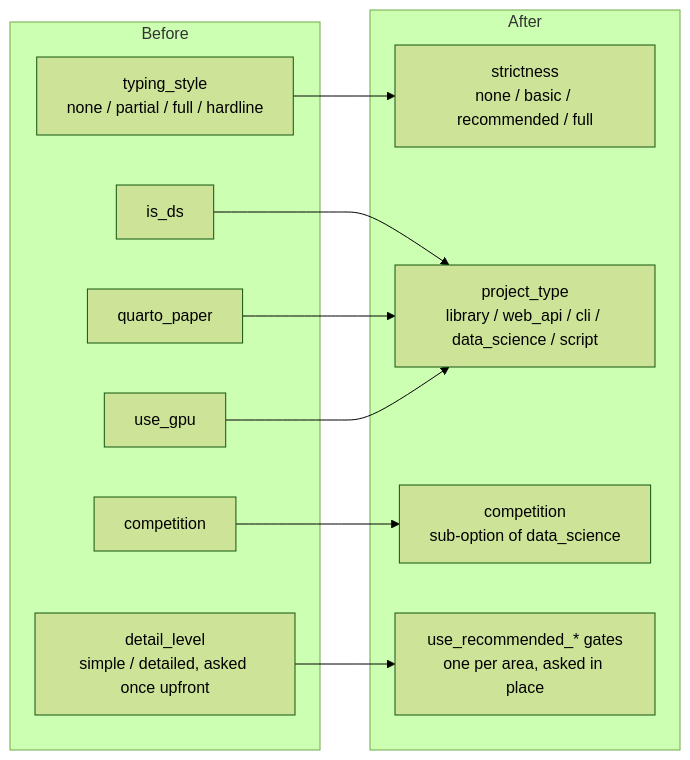
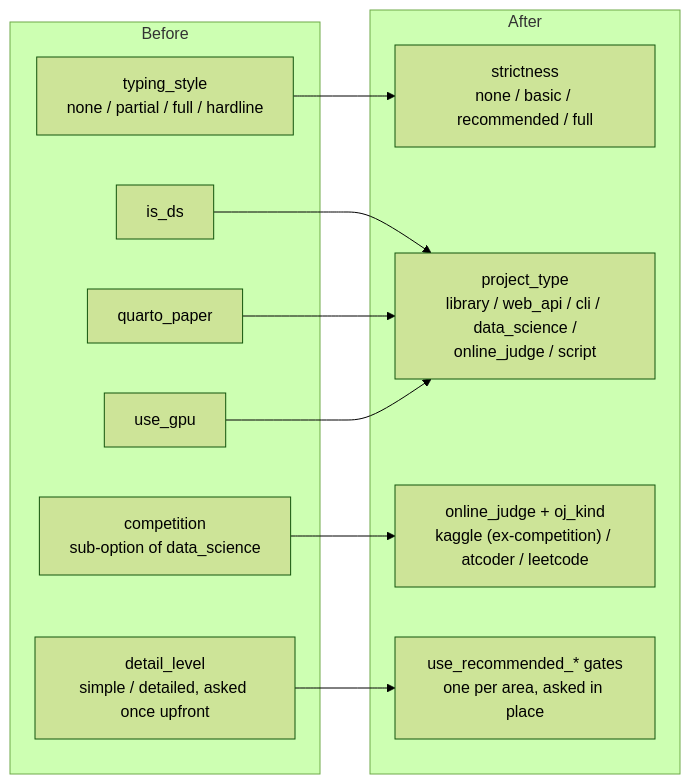
One commit to ConstitutiveTemplates/daimonion changed the second of 2 diagrams in README.md. Above: the diagram before and after it, drawn with Mermaid (forest theme). The commit also changed other lines of this file and 181 other files, not shown here.

First line of the commit message:
feat: add online_judge project type, move kaggle out of data_science

````diff
--- a/README.md
+++ b/README.md
@@ -278,25 +301,25 @@
 ```mermaid
 flowchart LR
     subgraph before["Before"]
         A1[typing_style<br/>none / partial / full / hardline]
         A2[is_ds]
         A3[quarto_paper]
         A4[use_gpu]
-        A5[competition]
+        A5[competition<br/>sub-option of data_science]
         A6[detail_level<br/>simple / detailed, asked once upfront]
     end
 
     subgraph after["After"]
         B1[strictness<br/>none / basic / recommended / full]
-        B2[project_type<br/>library / web_api / cli / data_science / script]
-        B3[competition<br/>sub-option of data_science]
+        B2[project_type<br/>library / web_api / cli / data_science /<br/>online_judge / script]
+        B3["online_judge + oj_kind<br/>kaggle (ex-competition) / atcoder / leetcode"]
         B4["use_recommended_* gates<br/>one per area, asked in place"]
     end
 
     A1 --> B1
     A2 --> B2
     A3 --> B2
     A4 --> B2
     A5 --> B3
     A6 --> B4
 ```
````
